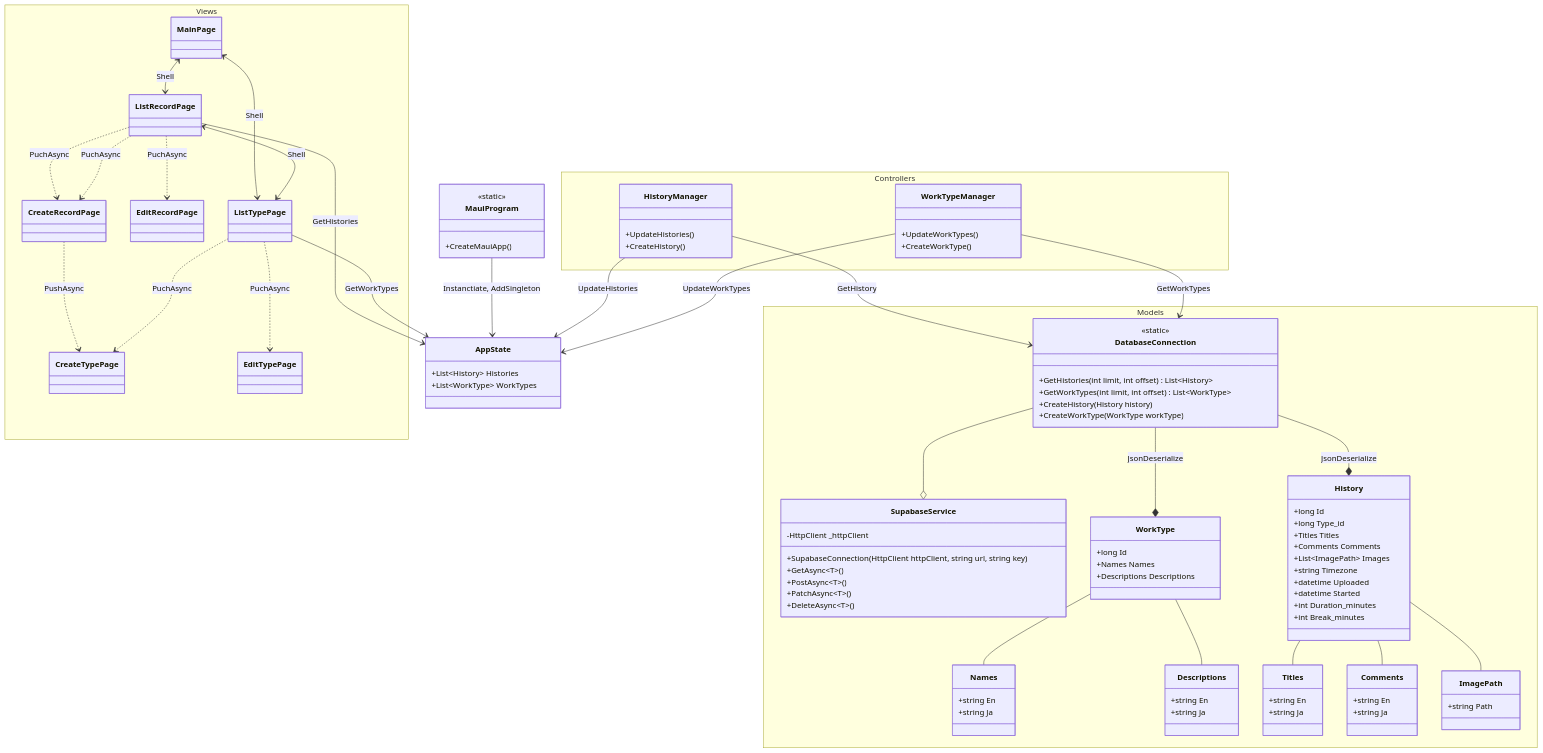
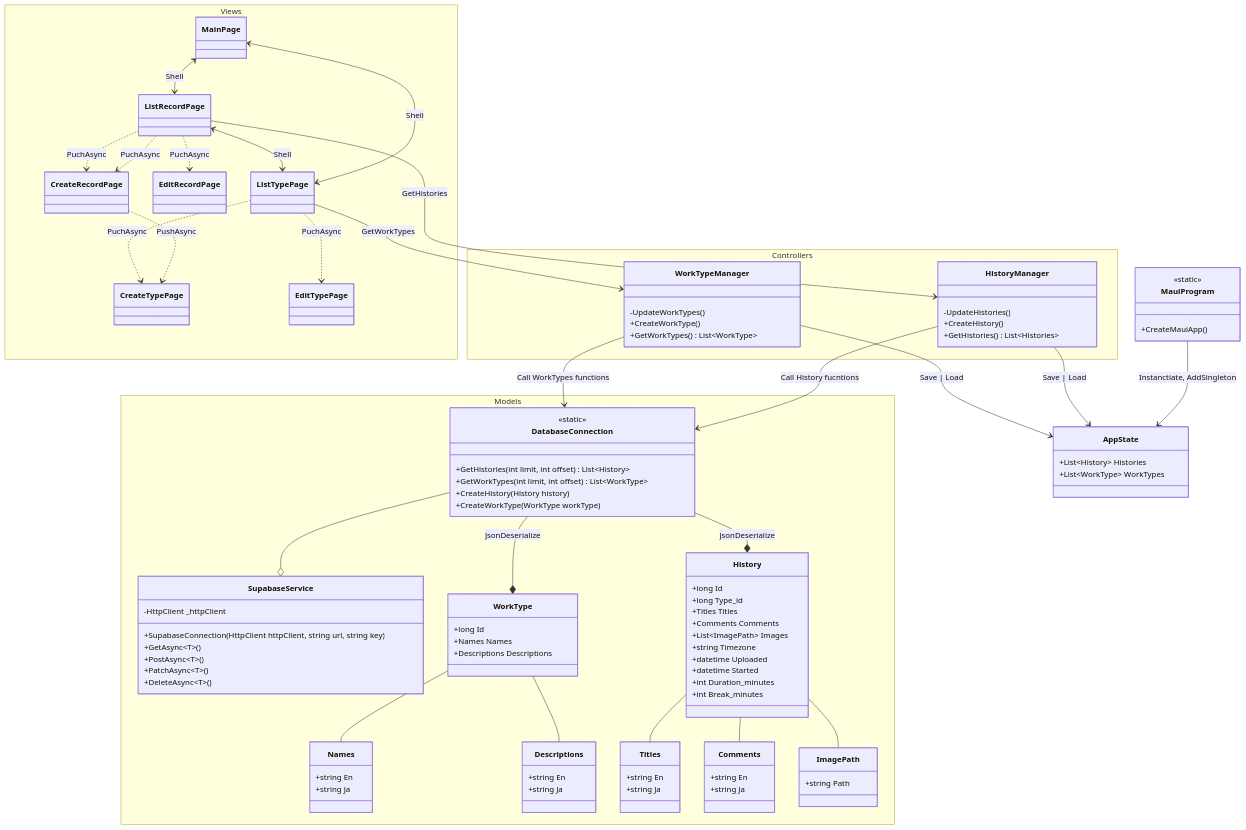
One commit to kor7211/coco-work-tracker changed the diagram in documents/recorder-diagram.md. Above: the diagram before and after it, drawn with Mermaid.

Commit message:
docs: update diagram

```diff
--- a/documents/recorder-diagram.md
+++ b/documents/recorder-diagram.md
@@ -50,24 +50,26 @@
 	ListTypePage ..> CreateTypePage : PuchAsync
 	ListRecordPage ..> CreateRecordPage : PuchAsync
 	ListRecordPage ..> CreateRecordPage : PuchAsync
-	ListRecordPage --> AppState : GetHistories
-	ListTypePage --> AppState : GetWorkTypes
+	ListRecordPage --> HistoryManager : GetHistories
+	ListTypePage --> WorkTypeManager : GetWorkTypes
 
 	namespace Controllers {
 		class HistoryManager {
-			+UpdateHistories()
+			-UpdateHistories()
 			+CreateHistory()
+			+GetHistories() List~Histories~
 		}
 
 		class WorkTypeManager {
-			+UpdateWorkTypes()
+			-UpdateWorkTypes()
 			+CreateWorkType()
+			+GetWorkTypes() List~WorkType~
 		}
 	}
-	HistoryManager --> DatabaseConnection : GetHistory
-	HistoryManager --> AppState : UpdateHistories
-	WorkTypeManager --> DatabaseConnection : GetWorkTypes
-	WorkTypeManager --> AppState : UpdateWorkTypes
+	HistoryManager --> DatabaseConnection : Call History fucntions
+	HistoryManager --> AppState : Save | Load
+	WorkTypeManager --> DatabaseConnection : Call WorkTypes functions
+	WorkTypeManager --> AppState : Save | Load
 
 	namespace Models {
 		class DatabaseConnection {
```
